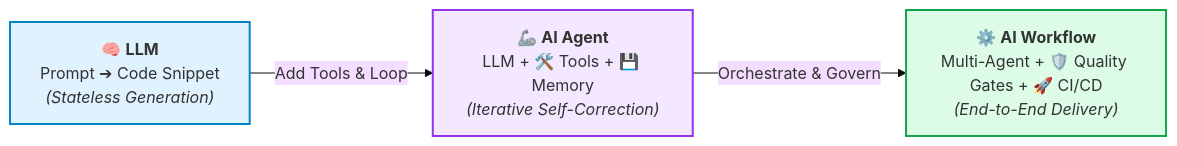
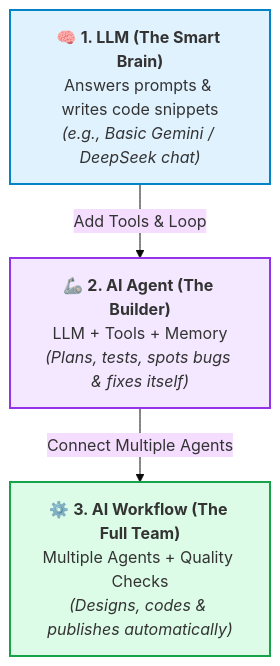
Before and after one commit to Mcc-Mak/kenya-digitalhub-ai-web-dev: the seventh of 7 diagrams in BLUEPRINT.md, drawn with Mermaid (base theme). The commit also changed other lines of this file, not shown here.

````diff
--- a/BLUEPRINT.md
+++ b/BLUEPRINT.md
@@ -198,15 +183,14 @@
 ```mermaid
-flowchart LR
-    LLM["🧠 <b>LLM</b><br/>Prompt ➔ Code Snippet<br/><i>(Stateless Generation)</i>"]
-    Agent["🦾 <b>AI Agent</b><br/>LLM + 🛠️ Tools + 💾 Memory<br/><i>(Iterative Self-Correction)</i>"]
-    Workflow["⚙️ <b>AI Workflow</b><br/>Multi-Agent + 🛡️ Quality Gates + 🚀 CI/CD<br/><i>(End-to-End Delivery)</i>"]
+flowchart TD
+    LLM["🧠 <b>1. LLM (The Smart Brain)</b><br/>Answers prompts & writes code snippets<br/><i>(e.g., Basic Gemini / DeepSeek chat)</i>"]
+    Agent["🦾 <b>2. AI Agent (The Builder)</b><br/>LLM + Tools + Memory<br/><i>(Plans, tests, spots bugs & fixes itself)</i>"]
+    Workflow["⚙️ <b>3. AI Workflow (The Full Team)</b><br/>Multiple Agents + Quality Checks<br/><i>(Designs, codes & publishes automatically)</i>"]
 
     LLM -->|"Add Tools & Loop"| Agent
-    Agent -->|"Orchestrate & Govern"| Workflow
+    Agent -->|"Connect Multiple Agents"| Workflow
 
     style LLM fill:#e0f2fe,stroke:#0284c7,stroke-width:2px
     style Agent fill:#f3e8ff,stroke:#9333ea,stroke-width:2px
     style Workflow fill:#dcfce7,stroke:#16a34a,stroke-width:2px
 
-
 ```
````
